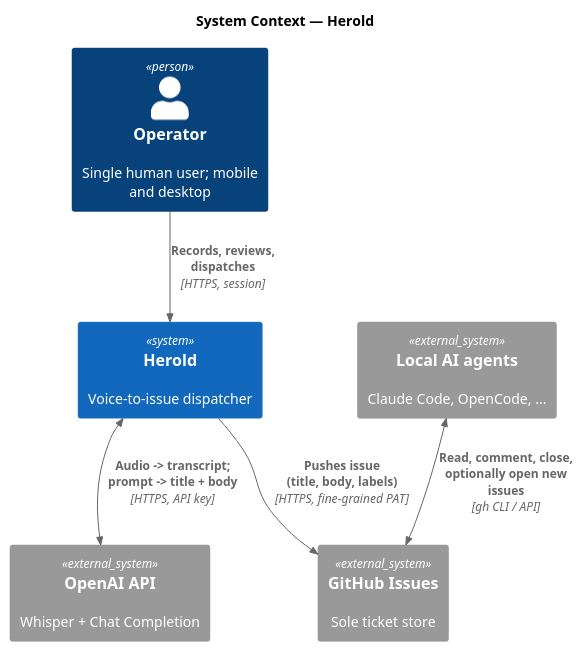
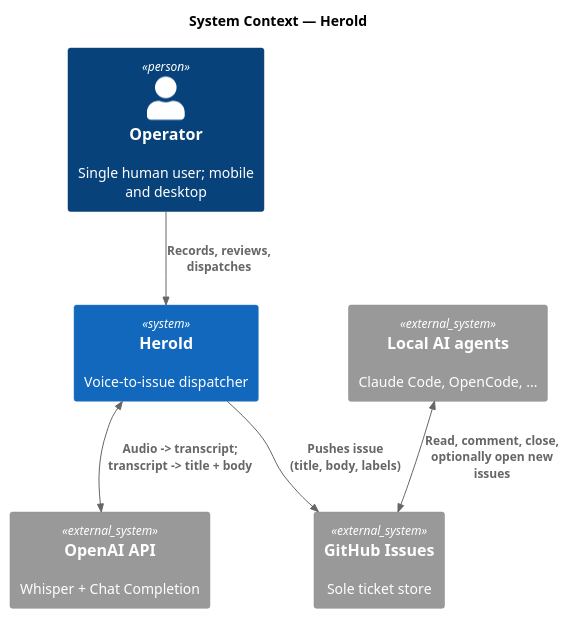
Before and after one commit to carstenlucke/herold: the diagram in docs/spec/diagrams/p2-system-context.plantuml, drawn with PlantUML. The commit also changed 13 other files, not shown here.

```diff
--- a/docs/spec/diagrams/p2-system-context.plantuml
+++ b/docs/spec/diagrams/p2-system-context.plantuml
@@ -1,19 +1,19 @@
 @startuml p2-system-context
 !include https://raw.githubusercontent.com/plantuml-stdlib/C4-PlantUML/master/C4_Context.puml
 
 title System Context — Herold
 
 Person(operator, "Operator", "Single human user; mobile and desktop")
 
 System(herold, "Herold", "Voice-to-issue dispatcher")
 
 System_Ext(openai, "OpenAI API", "Whisper + Chat Completion")
 System_Ext(github, "GitHub Issues", "Sole ticket store")
 System_Ext(agents, "Local AI agents", "Claude Code, OpenCode, ...")
 
-Rel(operator, herold, "Records, reviews, dispatches", "HTTPS, session")
-BiRel(herold, openai, "Audio -> transcript;\nprompt -> title + body", "HTTPS, API key")
-Rel(herold, github, "Pushes issue\n(title, body, labels)", "HTTPS, fine-grained PAT")
-BiRel(agents, github, "Read, comment, close,\noptionally open new issues", "gh CLI / API")
+Rel(operator, herold, "Records, reviews, dispatches")
+BiRel(herold, openai, "Audio -> transcript;\ntranscript -> title + body")
+Rel(herold, github, "Pushes issue\n(title, body, labels)")
+BiRel(agents, github, "Read, comment, close,\noptionally open new issues")
 
 @enduml
```
